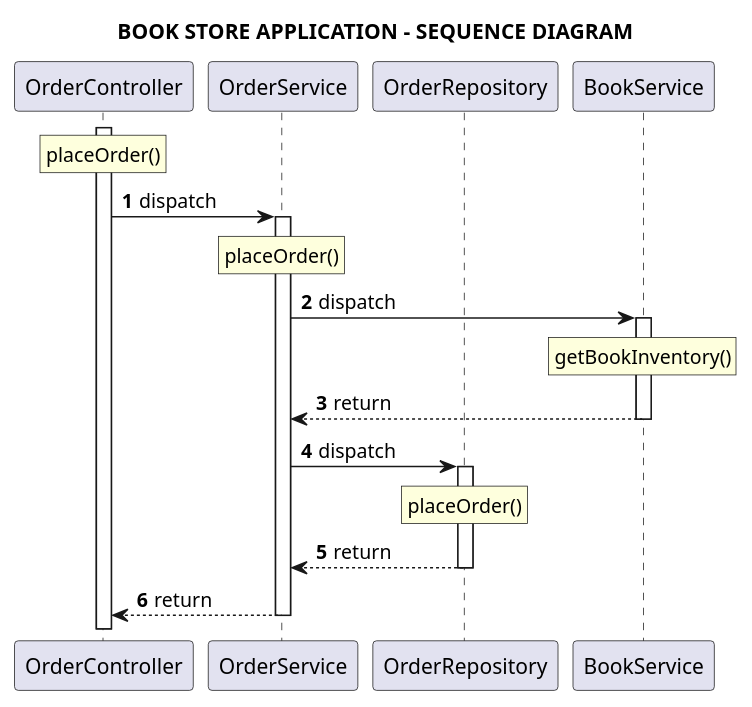
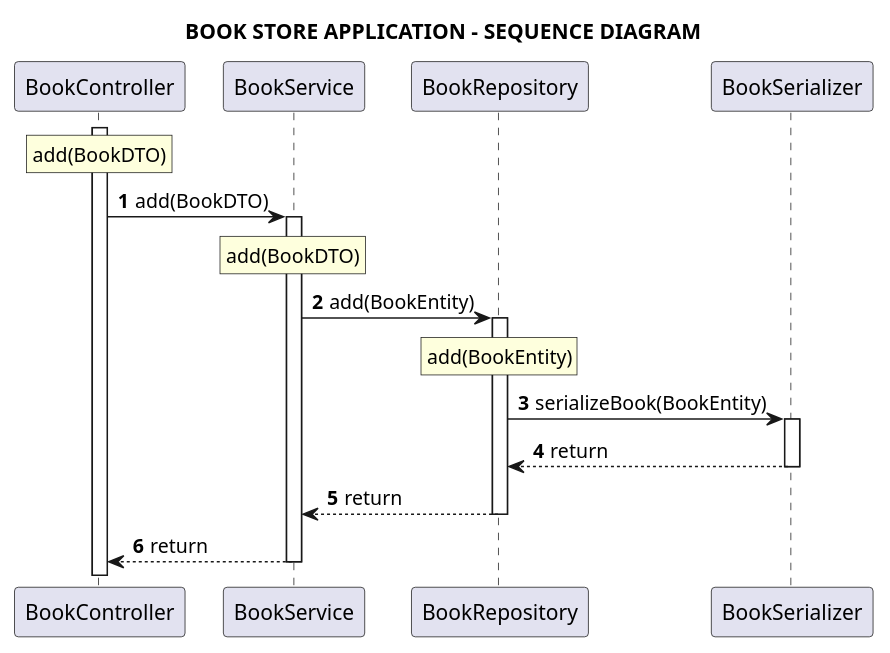
Before and after one commit to longnca/bookstore-java-app-project: the diagram in assets/SequenceDiagram.puml, drawn with PlantUML. The commit also changed 8 other files, not shown here.

Commit message:
update diagram images

```diff
--- a/assets/SequenceDiagram.puml
+++ b/assets/SequenceDiagram.puml
@@ -1,29 +1,28 @@
 @startuml
 
 autonumber
 title BOOK STORE APPLICATION - SEQUENCE DIAGRAM
 
-participant OrderController as Foo
-participant OrderService as Foo1
-participant OrderRepository as Foo2
-participant BookService as Foo3
+participant BookController as BookController
+participant BookService as BookServiceImpl
+participant BookRepository as BookRepositoryImpl
+participant BookSerializer as BookSerializer
 
-rnote over Foo: placeOrder()
-activate Foo
-Foo -> Foo1: dispatch
-activate Foo1
-rnote over Foo1: placeOrder()
-Foo1 -> Foo3: dispatch
-activate Foo3
-rnote over Foo3: getBookInventory()
-Foo1 <-- Foo3: return
-deactivate Foo3
-Foo1 -> Foo2: dispatch
-activate Foo2
-rnote over Foo2: placeOrder()
-Foo1 <-- Foo2: return
-deactivate Foo2
-Foo <-- Foo1: return
-deactivate Foo1
+rnote over BookController: add(BookDTO)
+activate BookController
+BookController -> BookServiceImpl: add(BookDTO)
+activate BookServiceImpl
+rnote over BookServiceImpl: add(BookDTO)
+BookServiceImpl -> BookRepositoryImpl: add(BookEntity)
+activate BookRepositoryImpl
+rnote over BookRepositoryImpl: add(BookEntity)
+BookRepositoryImpl -> BookSerializer: serializeBook(BookEntity)
+activate BookSerializer
+BookRepositoryImpl <-- BookSerializer: return
+deactivate BookSerializer
+BookServiceImpl <-- BookRepositoryImpl: return
+deactivate BookRepositoryImpl
+BookController <-- BookServiceImpl: return
+deactivate BookServiceImpl
 
 @enduml
```
